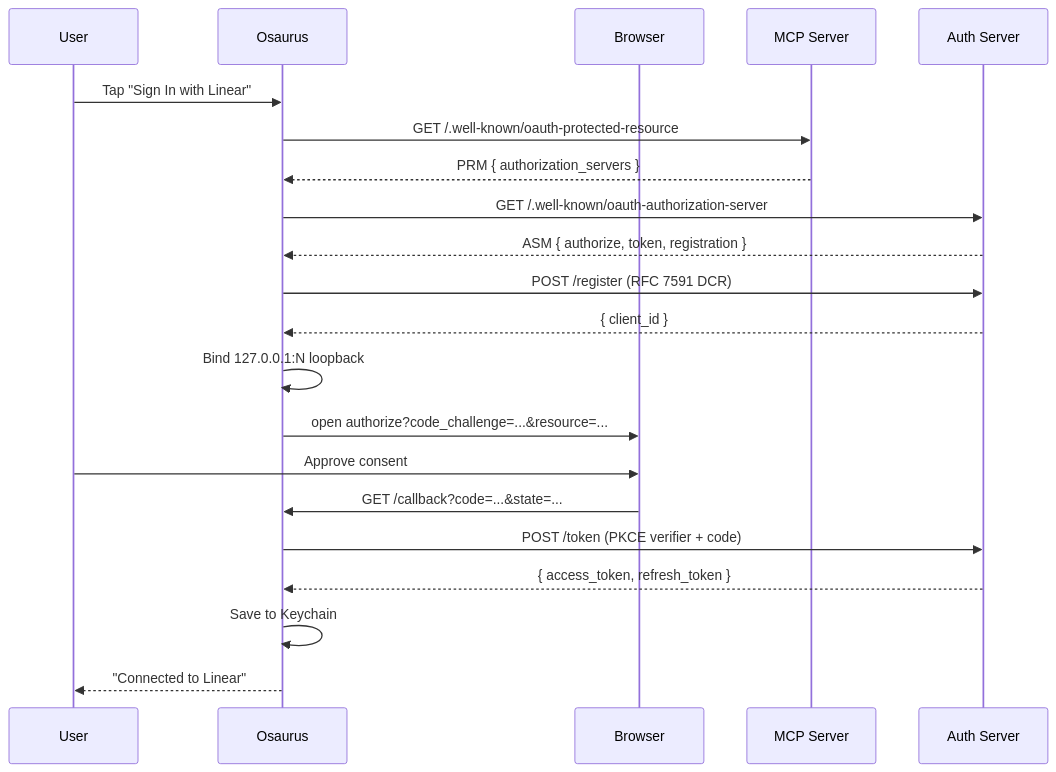
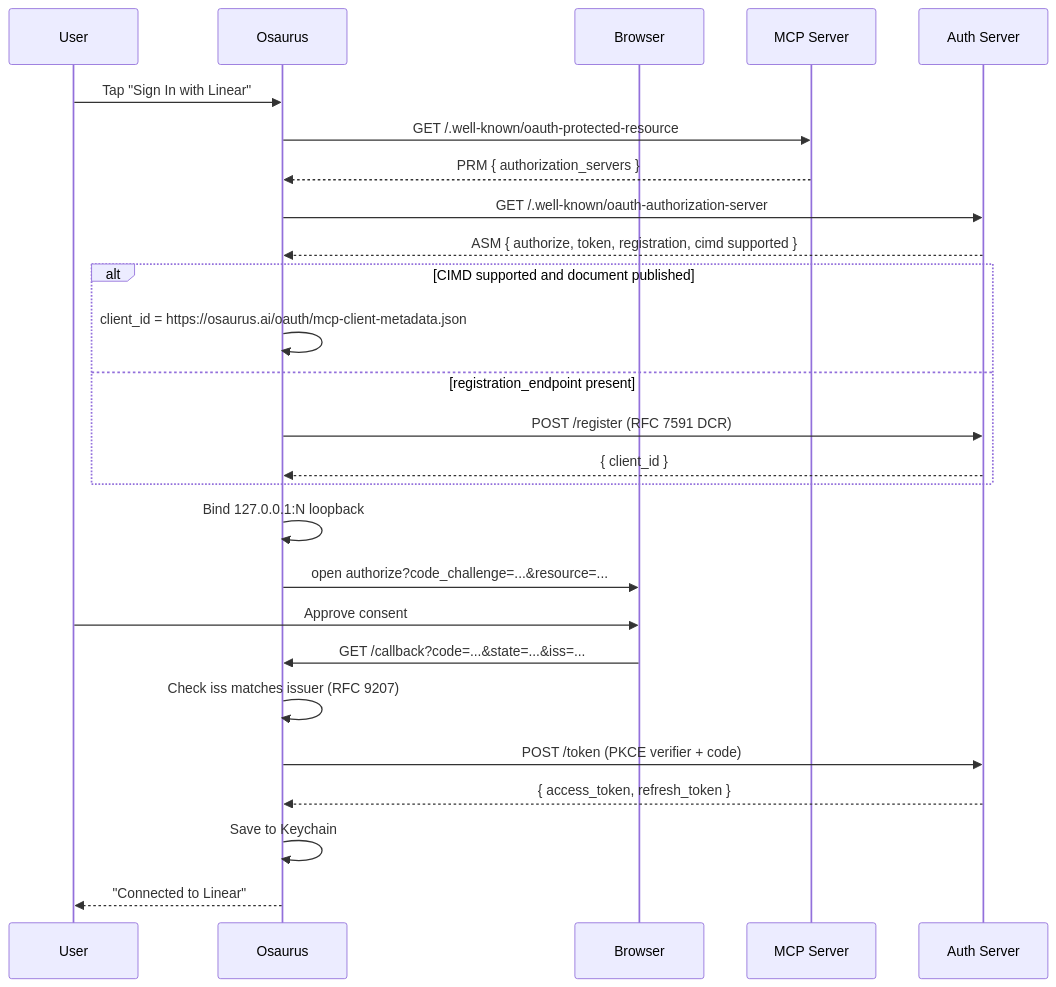
The diagram in docs/REMOTE_MCP_PROVIDERS.md (osaurus-ai/osaurus), drawn with Mermaid before and after one commit. The commit also changed other lines of this file and 41 other files, not shown here.

````diff
--- a/docs/REMOTE_MCP_PROVIDERS.md
+++ b/docs/REMOTE_MCP_PROVIDERS.md
@@ -233,24 +359,29 @@
 ```mermaid
 sequenceDiagram
     participant U as User
     participant O as Osaurus
     participant B as Browser
     participant S as MCP Server
     participant A as Auth Server
 
     U->>O: Tap "Sign In with Linear"
     O->>S: GET /.well-known/oauth-protected-resource
     S-->>O: PRM { authorization_servers }
     O->>A: GET /.well-known/oauth-authorization-server
-    A-->>O: ASM { authorize, token, registration }
-    O->>A: POST /register (RFC 7591 DCR)
-    A-->>O: { client_id }
+    A-->>O: ASM { authorize, token, registration, cimd supported }
+    alt CIMD supported and document published
+        O->>O: client_id = https://osaurus.ai/oauth/mcp-client-metadata.json
+    else registration_endpoint present
+        O->>A: POST /register (RFC 7591 DCR)
+        A-->>O: { client_id }
+    end
     O->>O: Bind 127.0.0.1:N loopback
     O->>B: open authorize?code_challenge=...&resource=...
     U->>B: Approve consent
-    B->>O: GET /callback?code=...&state=...
+    B->>O: GET /callback?code=...&state=...&iss=...
+    O->>O: Check iss matches issuer (RFC 9207)
     O->>A: POST /token (PKCE verifier + code)
     A-->>O: { access_token, refresh_token }
     O->>O: Save to Keychain
     O-->>U: "Connected to Linear"
 ```
````
